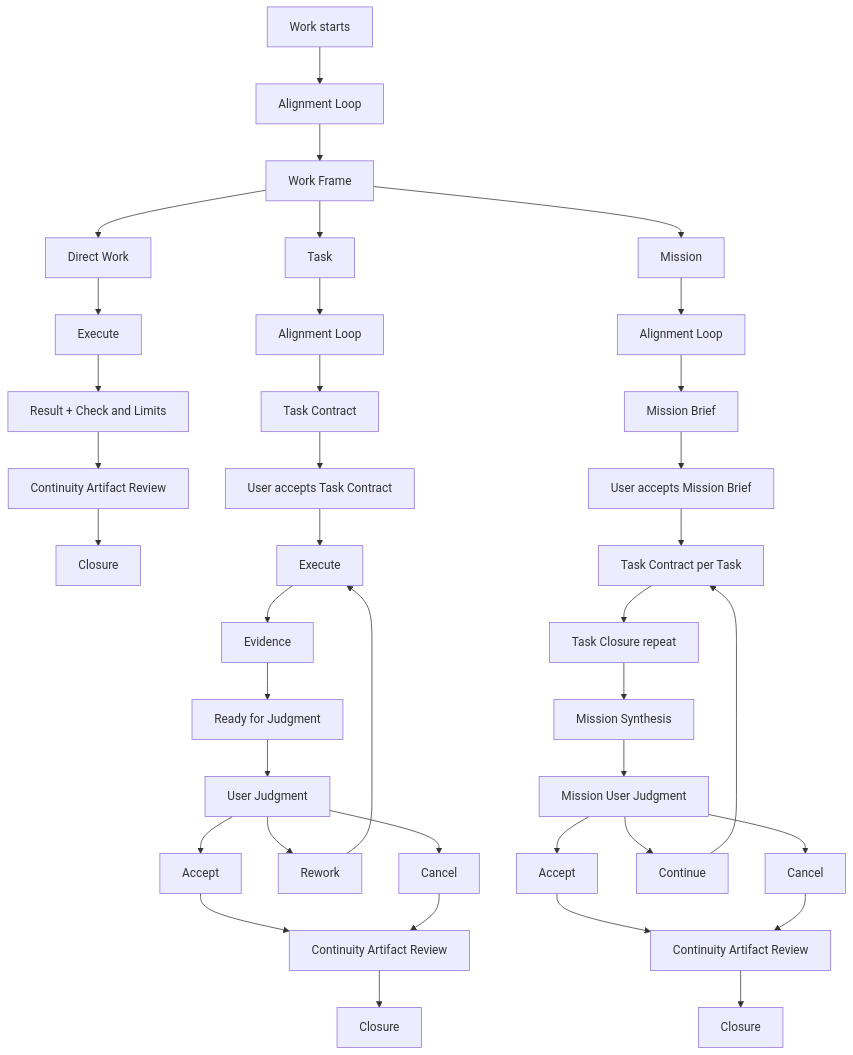
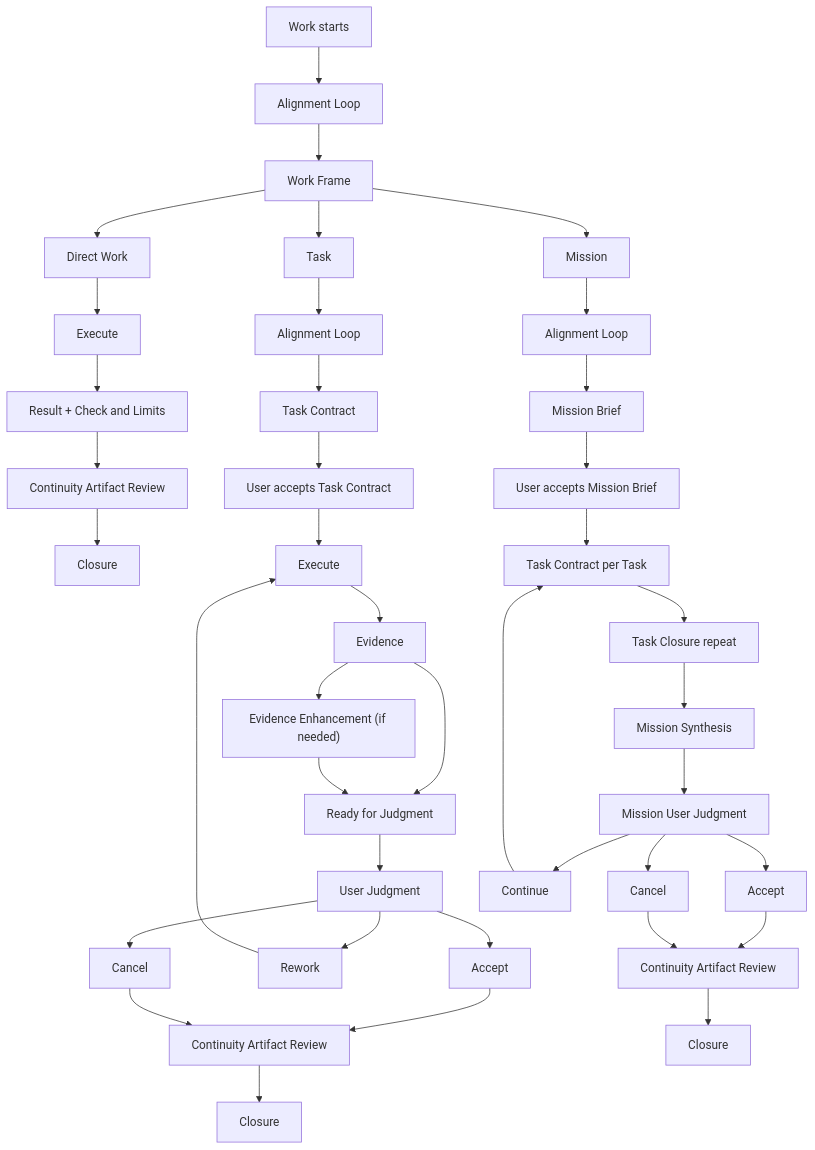
One commit to choam2426/Geas changed the diagram in docs/workflow/index.md. Above: the diagram before and after it, drawn with Mermaid. The commit also changed 1 other file, not shown here.

Commit message:
docs: define task flow and contract alignment

````diff
--- a/docs/workflow/index.md
+++ b/docs/workflow/index.md
@@ -34,44 +34,46 @@
 ```mermaid
 flowchart TD
   start["Work starts"] --> align["Alignment Loop"]
   align --> frame["Work Frame"]
 
   frame --> direct["Direct Work"]
   frame --> task["Task"]
   frame --> mission["Mission"]
 
   direct --> directExecute["Execute"]
   directExecute --> directResult["Result + Check and Limits"]
   directResult --> directContinuity["Continuity Artifact Review"]
   directContinuity --> directClosure["Closure"]
 
   task --> taskAlign["Alignment Loop"]
   taskAlign --> contract["Task Contract"]
   contract --> contractAccept["User accepts Task Contract"]
   contractAccept --> taskExecute["Execute"]
   taskExecute --> taskEvidence["Evidence"]
   taskEvidence --> taskReady["Ready for Judgment"]
+  taskEvidence --> taskEvidenceEnhance["Evidence Enhancement (if needed)"]
+  taskEvidenceEnhance --> taskReady
   taskReady --> taskJudgment["User Judgment"]
   taskJudgment --> taskAccept["Accept"]
   taskAccept --> taskContinuity["Continuity Artifact Review"]
   taskContinuity --> taskClosure["Closure"]
   taskJudgment --> taskRework["Rework"]
   taskJudgment --> taskCancel["Cancel"]
   taskRework --> taskExecute
   taskCancel --> taskContinuity
 
   mission --> missionAlign["Alignment Loop"]
   missionAlign --> brief["Mission Brief"]
   brief --> briefAccept["User accepts Mission Brief"]
   briefAccept --> taskLoop["Task Contract per Task"]
   taskLoop --> taskRepeat["Task Closure repeat"]
   taskRepeat --> synthesis["Mission Synthesis"]
   synthesis --> missionJudgment["Mission User Judgment"]
   missionJudgment --> missionAccept["Accept"]
   missionAccept --> missionContinuity["Continuity Artifact Review"]
   missionContinuity --> missionClosure["Closure"]
   missionJudgment --> missionContinue["Continue"]
   missionJudgment --> missionCancel["Cancel"]
   missionContinue --> taskLoop
   missionCancel --> missionContinuity
 ```
````
